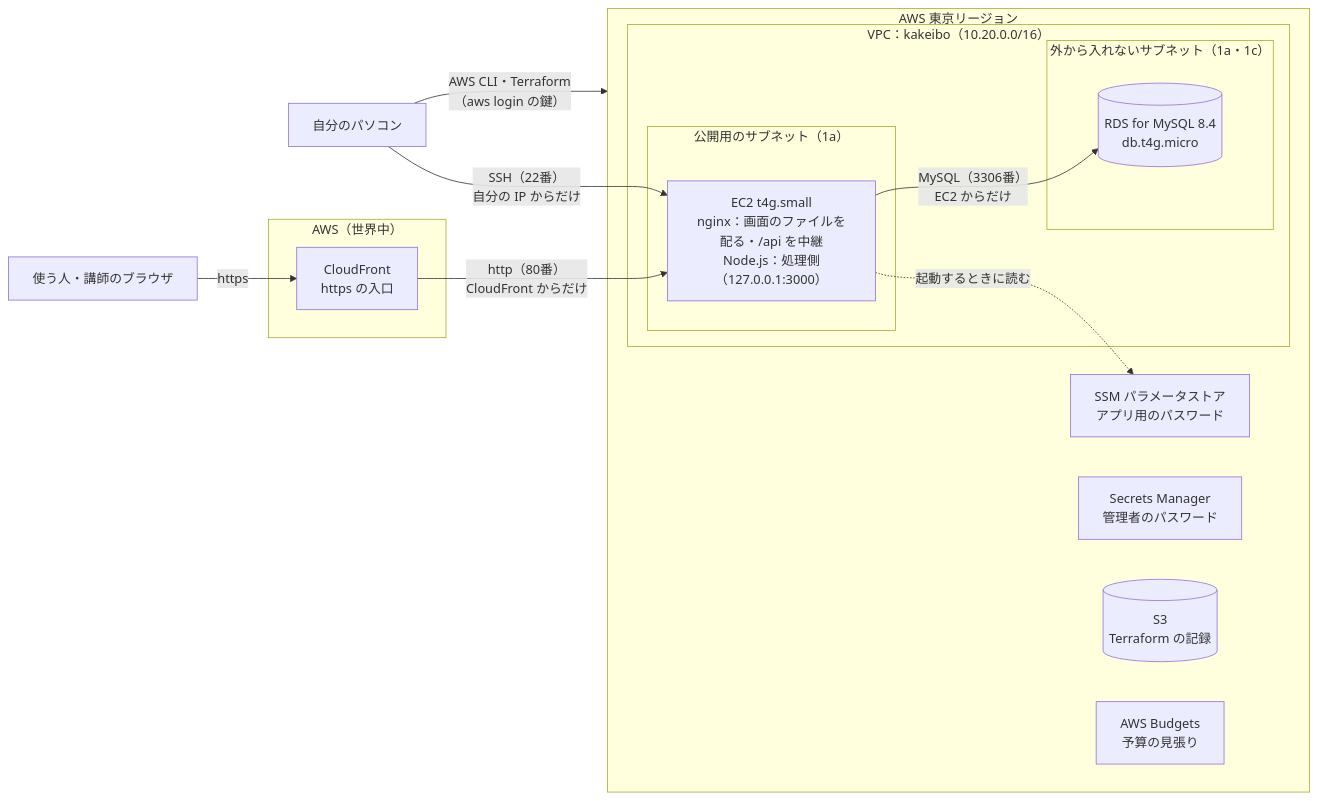
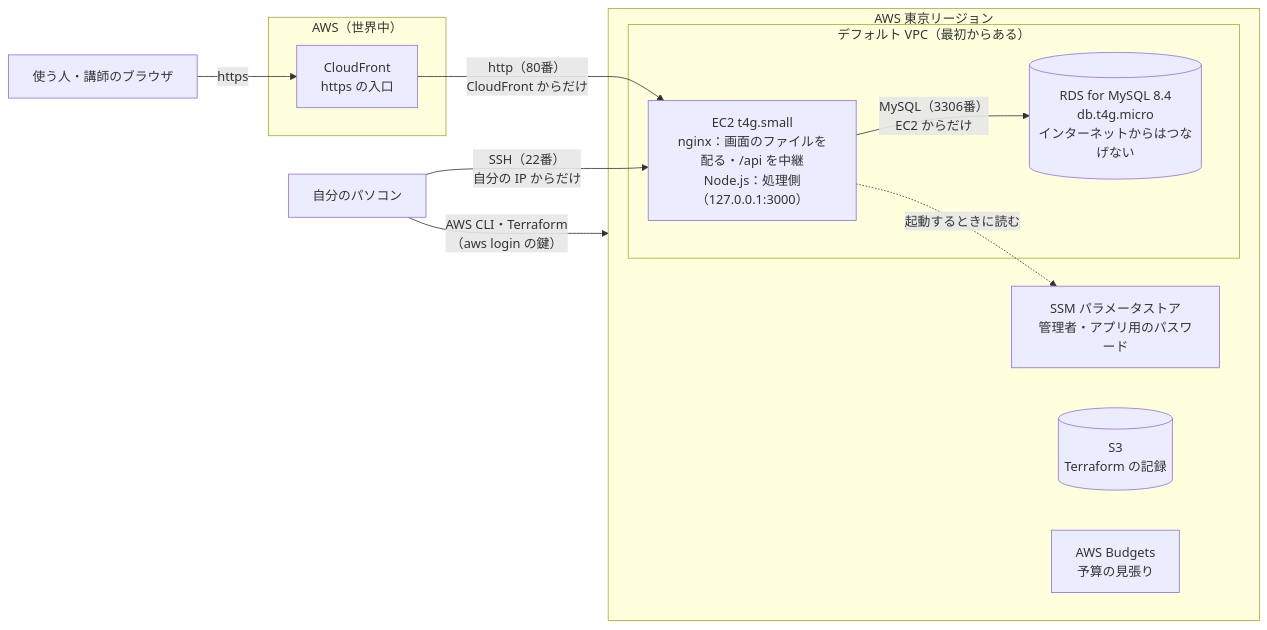
Before and after one commit to junji-sakamoto/kakeibo-app: the first of 2 diagrams in docs/02_設計/07_構成設計書.md, drawn with Mermaid. The commit also changed other lines of this file and 8 other files, not shown here.

First line of the commit message:
AWS の構成を軽くする：デフォルト VPC・パスワードは SSM・ディスク 8GB・必要なときだけ作る (#13)

````diff
--- a/docs/02_設計/07_構成設計書.md
+++ b/docs/02_設計/07_構成設計書.md
@@ -51,30 +54,25 @@
 ```mermaid
 flowchart LR
   viewer["使う人・講師のブラウザ"] -->|"https"| cf
 
   subgraph global["AWS（世界中）"]
     cf["CloudFront<br/>https の入口"]
   end
 
   subgraph tokyo["AWS 東京リージョン"]
-    subgraph vpc["VPC：kakeibo（10.20.0.0/16）"]
-      subgraph pub["公開用のサブネット（1a）"]
-        ec2["EC2 t4g.small<br/>nginx：画面のファイルを配る・/api を中継<br/>Node.js：処理側（127.0.0.1:3000）"]
-      end
-      subgraph priv["外から入れないサブネット（1a・1c）"]
-        rds[("RDS for MySQL 8.4<br/>db.t4g.micro")]
-      end
+    subgraph vpc["デフォルト VPC（最初からある）"]
+      ec2["EC2 t4g.small<br/>nginx：画面のファイルを配る・/api を中継<br/>Node.js：処理側（127.0.0.1:3000）"]
+      rds[("RDS for MySQL 8.4<br/>db.t4g.micro<br/>インターネットからはつなげない")]
     end
-    ssm["SSM パラメータストア<br/>アプリ用のパスワード"]
-    sm["Secrets Manager<br/>管理者のパスワード"]
+    ssm["SSM パラメータストア<br/>管理者・アプリ用のパスワード"]
     s3[("S3<br/>Terraform の記録")]
     budget["AWS Budgets<br/>予算の見張り"]
   end
 
   cf -->|"http（80番）<br/>CloudFront からだけ"| ec2
   ec2 -->|"MySQL（3306番）<br/>EC2 からだけ"| rds
   ec2 -.->|"起動するときに読む"| ssm
 
   pc["自分のパソコン"] -->|"SSH（22番）<br/>自分の IP からだけ"| ec2
   pc -->|"AWS CLI・Terraform<br/>（aws login の鍵）"| tokyo
 ```
````
